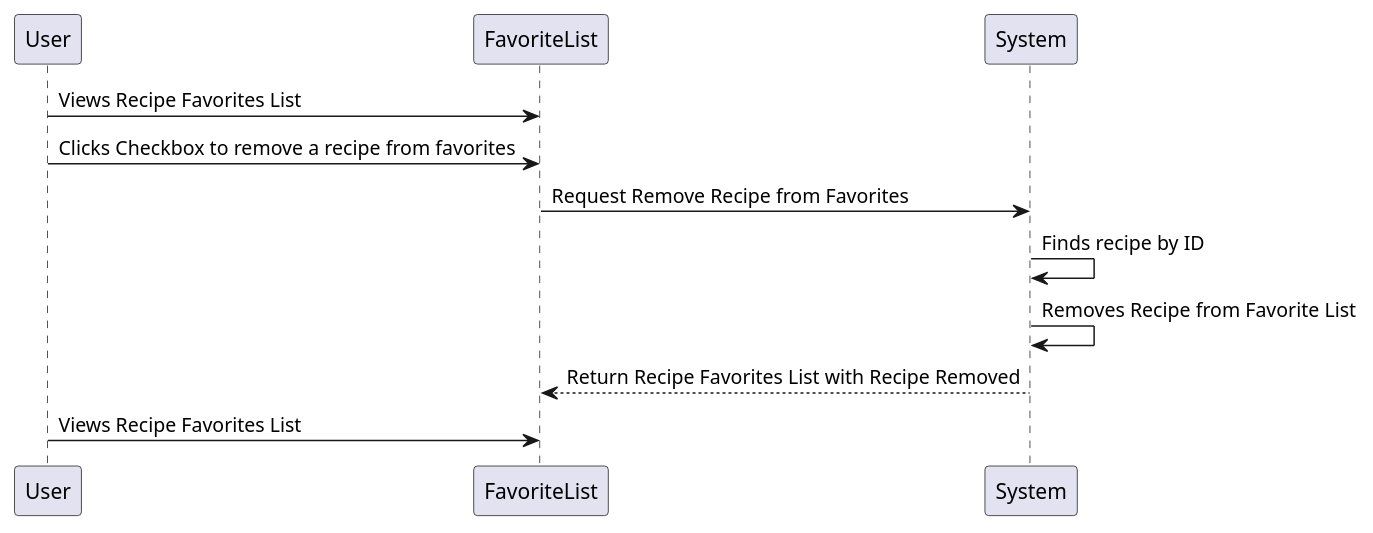
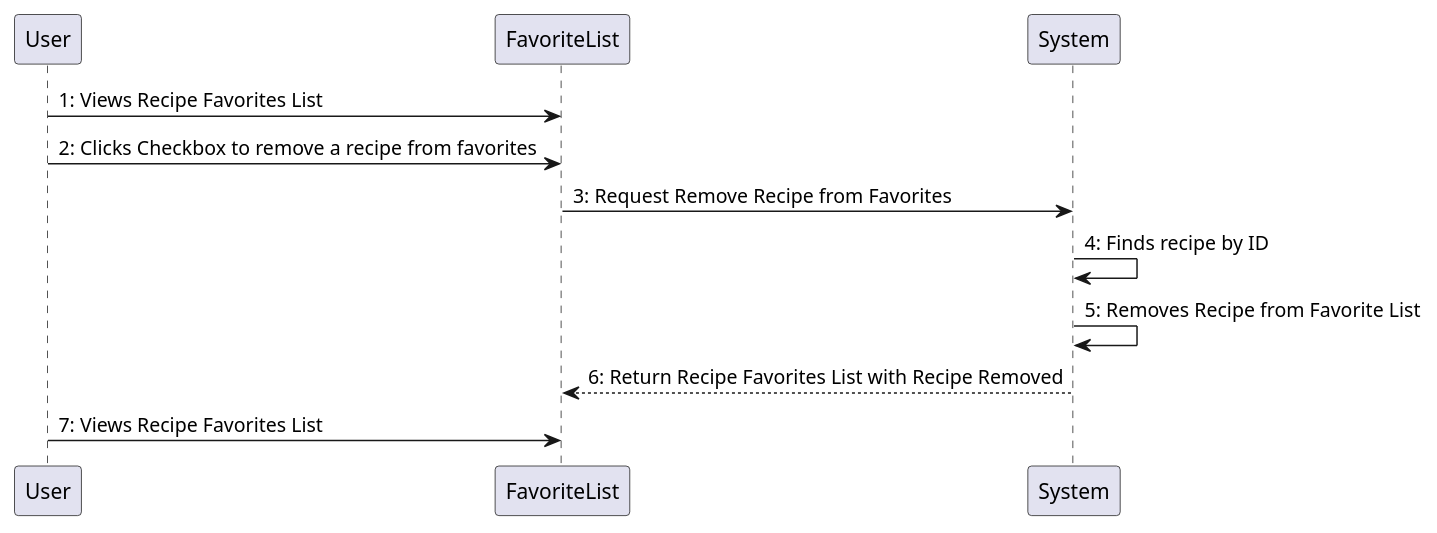
The diagram in app/UML/Remove Recipe From Favorites DSSD.puml (sap0034/COMP3710Project-RecipeGuru), drawn with PlantUML before and after one commit. The commit also changed 12 other files, not shown here.

Commit message:
Added new diagrams and updated existing diagrams

```diff
--- a/app/UML/Remove Recipe From Favorites DSSD.puml
+++ b/app/UML/Remove Recipe From Favorites DSSD.puml
@@ -1,12 +1,12 @@
 @startuml
-       User -> FavoriteList: Views Recipe Favorites List
-       User -> FavoriteList: Clicks Checkbox to remove a recipe from favorites
-       FavoriteList -> System: Request Remove Recipe from Favorites
+       User -> FavoriteList: 1: Views Recipe Favorites List
+       User -> FavoriteList: 2: Clicks Checkbox to remove a recipe from favorites
+       FavoriteList -> System: 3: Request Remove Recipe from Favorites
 
-       System -> System: Finds recipe by ID
-       System -> System: Removes Recipe from Favorite List
+       System -> System: 4: Finds recipe by ID
+       System -> System: 5: Removes Recipe from Favorite List
 
-       System --> FavoriteList: Return Recipe Favorites List with Recipe Removed
-       User -> FavoriteList: Views Recipe Favorites List
+       System --> FavoriteList: 6: Return Recipe Favorites List with Recipe Removed
+       User -> FavoriteList: 7: Views Recipe Favorites List
 
        @enduml
```
